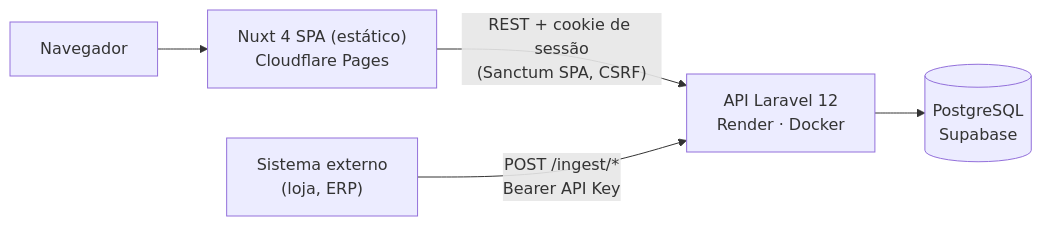
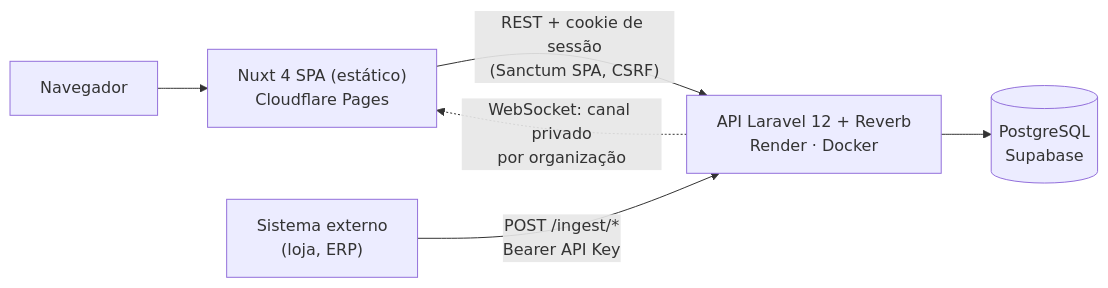
The first of 3 diagrams in docs/architecture.md (Henriqueverri/pulseboard), drawn with Mermaid before and after one commit. The commit also changed other lines of this file and 4 other files, not shown here.

````diff
--- a/docs/architecture.md
+++ b/docs/architecture.md
@@ -7,7 +7,8 @@
 ```mermaid
 flowchart LR
   B[Navegador] --> W["Nuxt 4 SPA (estático)<br/>Cloudflare Pages"]
-  W -- "REST + cookie de sessão<br/>(Sanctum SPA, CSRF)" --> A["API Laravel 12<br/>Render · Docker"]
+  W -- "REST + cookie de sessão<br/>(Sanctum SPA, CSRF)" --> A["API Laravel 12 + Reverb<br/>Render · Docker"]
+  A -. "WebSocket: canal privado<br/>por organização" .-> W
   X["Sistema externo<br/>(loja, ERP)"] -- "POST /ingest/*<br/>Bearer API Key" --> A
   A --> D[("PostgreSQL<br/>Supabase")]
 ```
````
